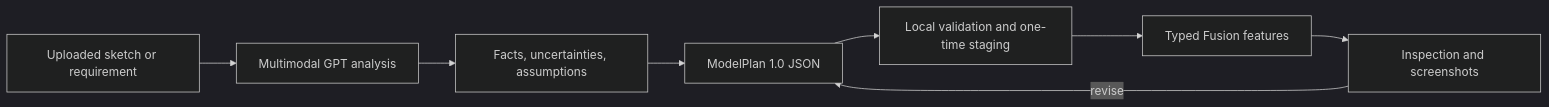
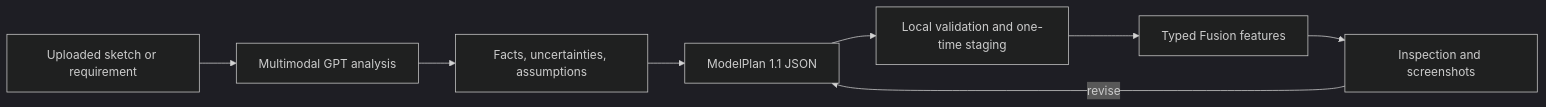
Before and after one commit to langxie29-cpu/fusion360withcodex: the diagram in README.md, drawn with Mermaid (dark theme). The commit also changed other lines of this file and 15 other files, not shown here.

Commit message:
feat: add ModelPlan 1.1 and mecanum assemblies

````diff
--- a/README.md
+++ b/README.md
@@ -23,10 +23,10 @@
 ```mermaid
 flowchart LR
     A["Uploaded sketch or requirement"] --> B["Multimodal GPT analysis"]
     B --> C["Facts, uncertainties, assumptions"]
-    C --> D["ModelPlan 1.0 JSON"]
+    C --> D["ModelPlan 1.1 JSON"]
     D --> E["Local validation and one-time staging"]
     E --> F["Typed Fusion features"]
     F --> G["Inspection and screenshots"]
     G -->|revise| D
 ```
````
